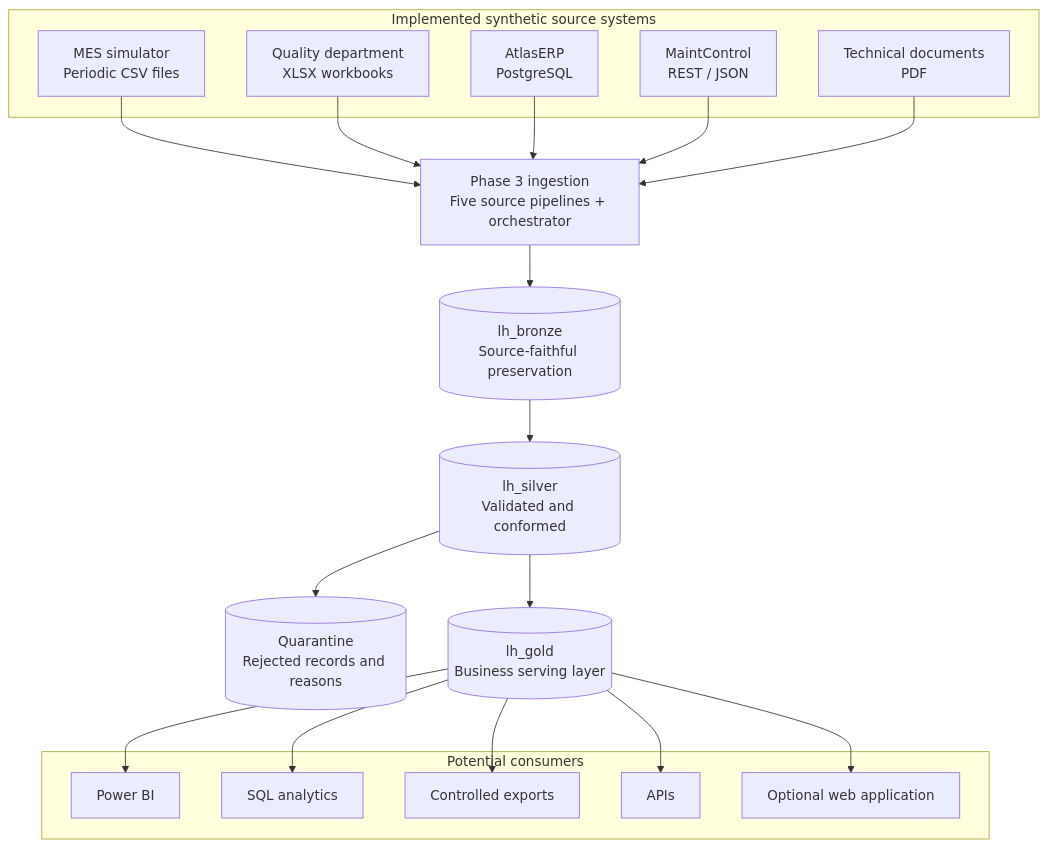
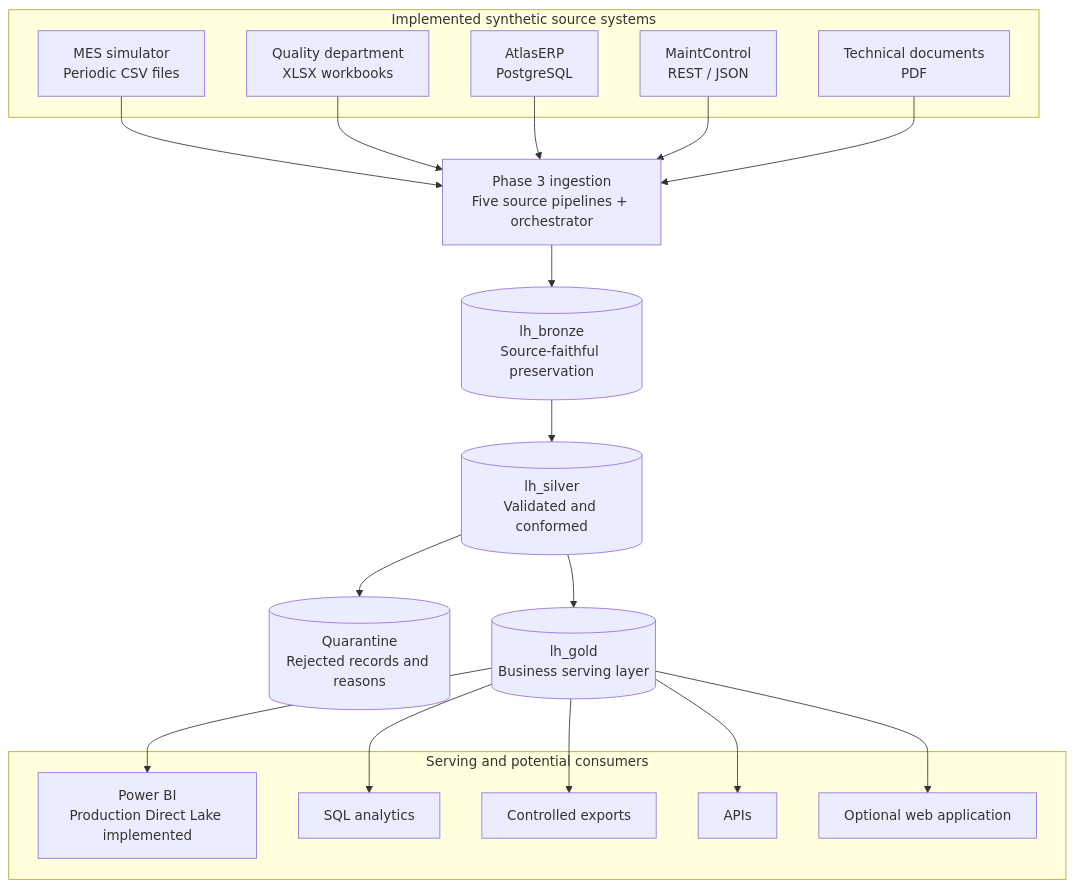
One commit to LuidiC/industrial-data-platform changed the diagram in docs/architecture/overview.md. Above: the diagram before and after it, drawn with Mermaid. The commit also changed other lines of this file and 5 other files, not shown here.

Commit message:
docs: record Power BI production dashboard

````diff
--- a/docs/architecture/overview.md
+++ b/docs/architecture/overview.md
@@ -34,48 +36,48 @@
 ```mermaid
 flowchart TB
 
     subgraph Sources[Implemented synthetic source systems]
         MES[MES simulator<br/>Periodic CSV files]
         QUALITY[Quality department<br/>XLSX workbooks]
         ERP[AtlasERP<br/>PostgreSQL]
         MAINT[MaintControl<br/>REST / JSON]
         DOCS[Technical documents<br/>PDF]
     end
 
     INGEST[Phase 3 ingestion<br/>Five source pipelines + orchestrator]
 
     BRONZE[(lh_bronze<br/>Source-faithful preservation)]
 
     SILVER[(lh_silver<br/>Validated and conformed)]
 
     QUARANTINE[(Quarantine<br/>Rejected records and reasons)]
 
     GOLD[(lh_gold<br/>Business serving layer)]
 
-    subgraph Consumers[Potential consumers]
-        POWERBI[Power BI]
+    subgraph Consumers[Serving and potential consumers]
+        POWERBI[Power BI<br/>Production Direct Lake implemented]
         SQL[SQL analytics]
         EXPORTS[Controlled exports]
         APIS[APIs]
         WEB[Optional web application]
     end
 
     MES --> INGEST
     QUALITY --> INGEST
     ERP --> INGEST
     MAINT --> INGEST
     DOCS --> INGEST
 
     INGEST --> BRONZE
 
     BRONZE --> SILVER
 
     SILVER --> GOLD
     SILVER --> QUARANTINE
 
     GOLD --> POWERBI
     GOLD --> SQL
     GOLD --> EXPORTS
     GOLD --> APIS
     GOLD --> WEB
 ```
````
